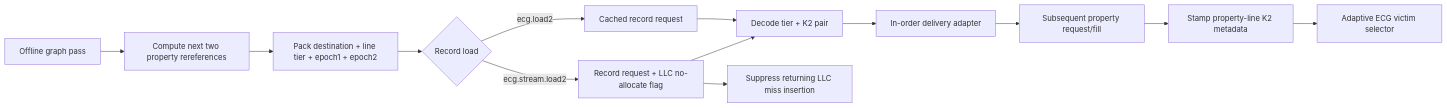
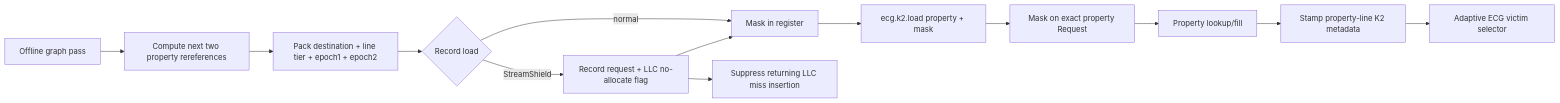
Before and after one commit to UVA-LavaLab/GraphBrew: the first of 4 diagrams in wiki/ECG-HPCA-Paper.md, drawn with Mermaid. The commit also changed other lines of this file and 33 other files, not shown here.

First line of the commit message:
feat(ecg): bind K2 masks to property loads

````diff
--- a/wiki/ECG-HPCA-Paper.md
+++ b/wiki/ECG-HPCA-Paper.md
@@ -24,15 +24,15 @@
 ```mermaid
 flowchart LR
     A[Offline graph pass] --> B[Compute next two property rereferences]
     B --> C[Pack destination + line tier + epoch1 + epoch2]
     C --> D{Record load}
-    D -->|ecg.load2| E[Cached record request]
-    D -->|ecg.stream.load2| F[Record request + LLC no-allocate flag]
-    E --> G[Decode tier + K2 pair]
-    F --> G
-    G --> H[In-order delivery adapter]
-    H --> I[Subsequent property request/fill]
+    D -->|normal| E[Mask in register]
+    D -->|StreamShield| F[Record request + LLC no-allocate flag]
+    F --> E
+    E --> G[ecg.k2.load property + mask]
+    G --> H[Mask on exact property Request]
+    H --> I[Property lookup/fill]
     I --> J[Stamp property-line K2 metadata]
     J --> K[Adaptive ECG victim selector]
     F --> L[Suppress returning LLC miss insertion]
 ```
````
